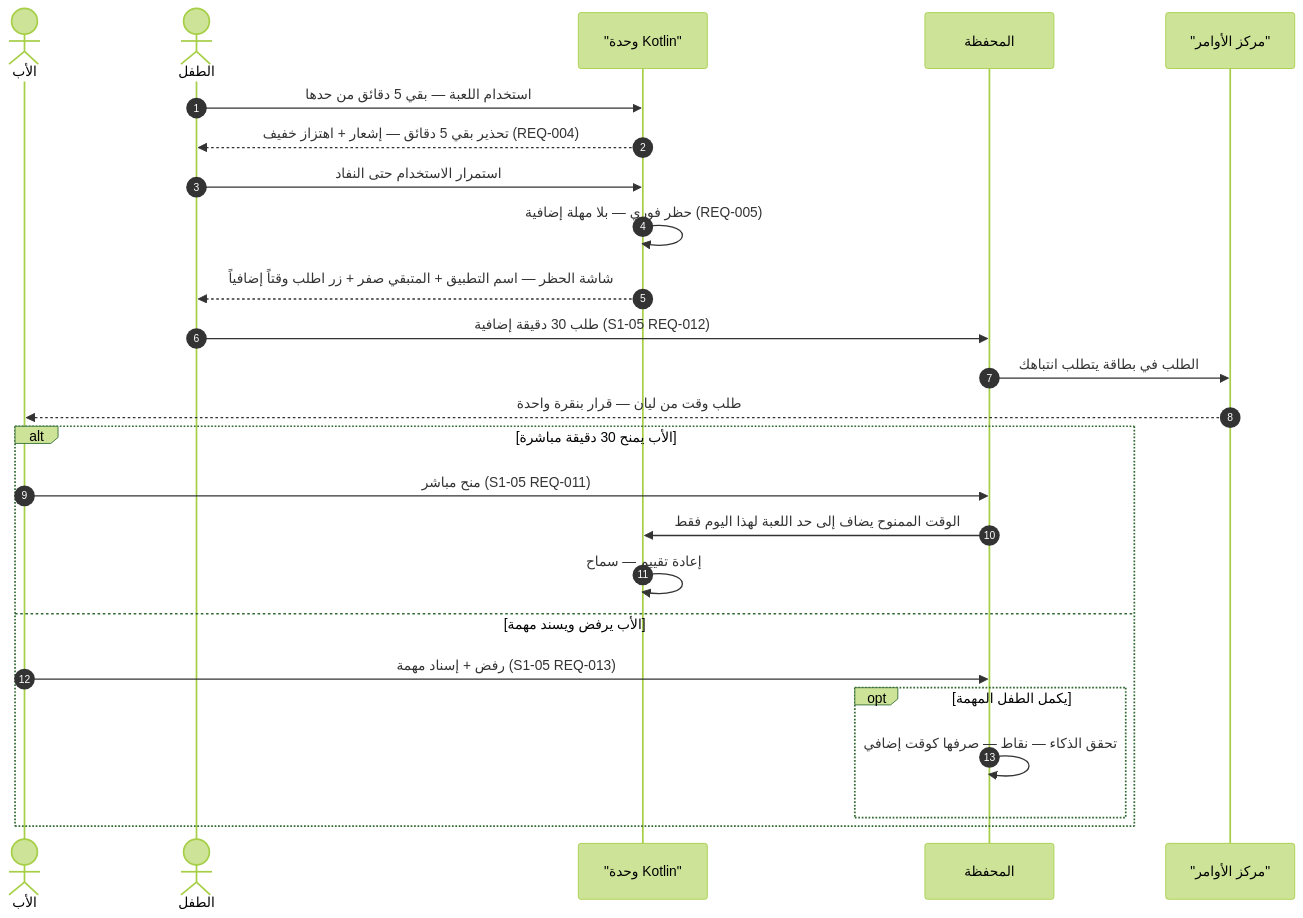
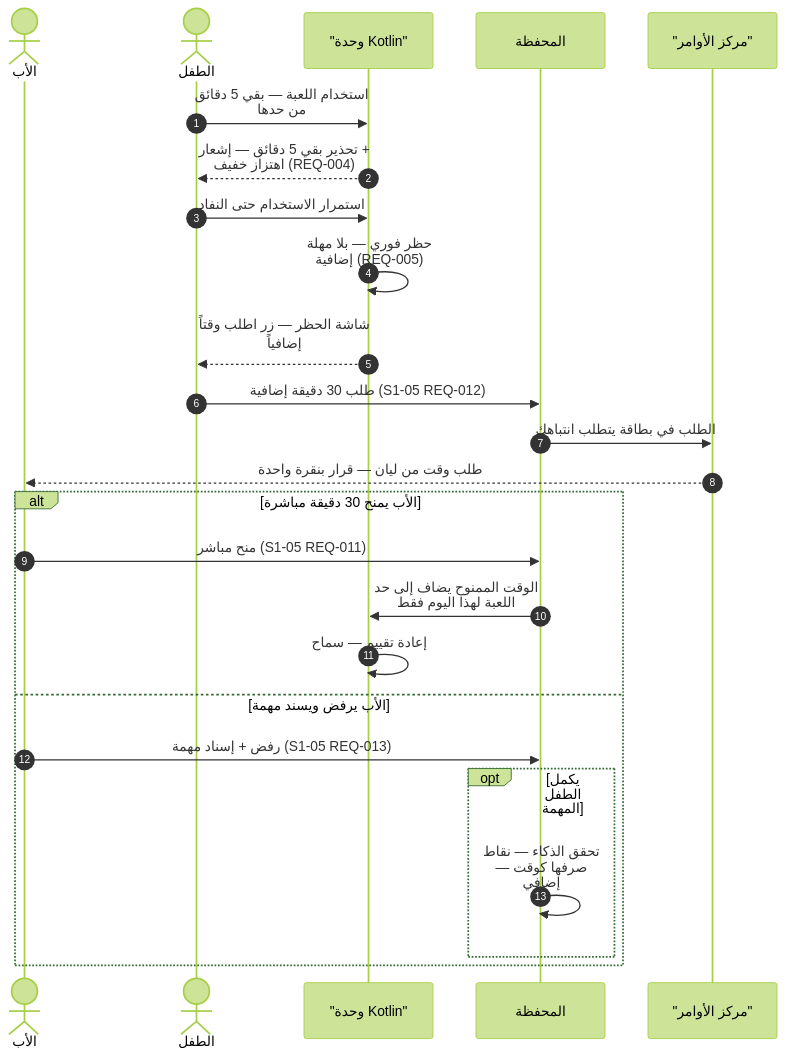
One commit to Bassam-mohammed-alqaeadi/family-os-v2 changed the ninth of 45 diagrams in docs/family-os/governance/phases/phase-1/S1-10-protection-and-enforcement/DIAGRAMS.md. Above: the diagram before and after it, drawn with Mermaid (forest theme). The commit also changed other lines of this file, not shown here.

````diff
--- a/docs/family-os/governance/phases/phase-1/S1-10-protection-and-enforcement/DIAGRAMS.md
+++ b/docs/family-os/governance/phases/phase-1/S1-10-protection-and-enforcement/DIAGRAMS.md
@@ -500,27 +522,28 @@
 ```mermaid
+%%{init: {"sequence": {"wrap": true}}}%%
 sequenceDiagram
     autonumber
     actor Father as الأب
     actor Child as الطفل
     participant K as "وحدة Kotlin"
     participant S105 as المحفظة
     participant S109 as "مركز الأوامر"
     Child->>K: استخدام اللعبة — بقي 5 دقائق من حدها
     K-->>Child: تحذير بقي 5 دقائق — إشعار + اهتزاز خفيف (REQ-004)
     Child->>K: استمرار الاستخدام حتى النفاد
     K->>K: حظر فوري — بلا مهلة إضافية (REQ-005)
-    K-->>Child: شاشة الحظر — اسم التطبيق + المتبقي صفر + زر اطلب وقتاً إضافياً
+    K-->>Child: شاشة الحظر — زر اطلب وقتاً إضافياً
     Child->>S105: طلب 30 دقيقة إضافية (S1-05 REQ-012)
     S105->>S109: الطلب في بطاقة يتطلب انتباهك
     S109-->>Father: طلب وقت من ليان — قرار بنقرة واحدة
     alt الأب يمنح 30 دقيقة مباشرة
         Father->>S105: منح مباشر (S1-05 REQ-011)
         S105->>K: الوقت الممنوح يضاف إلى حد اللعبة لهذا اليوم فقط
         K->>K: إعادة تقييم — سماح
     else الأب يرفض ويسند مهمة
         Father->>S105: رفض + إسناد مهمة (S1-05 REQ-013)
         opt يكمل الطفل المهمة
             S105->>S105: تحقق الذكاء — نقاط — صرفها كوقت إضافي
         end
     end
 ```
````
